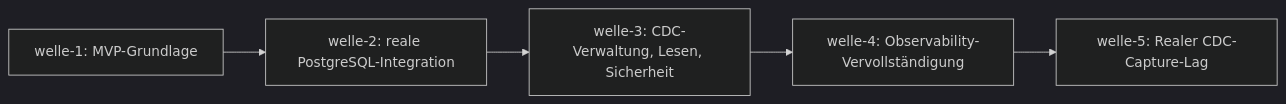
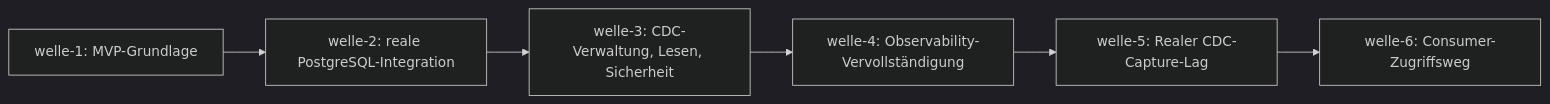
Before and after one commit to pt9912/pg-change-feed: the diagram in docs/plan/planning/in-progress/roadmap.md, drawn with Mermaid (dark theme). The commit also changed other lines of this file and 3 other files, not shown here.

First line of the commit message:
docs(planning): welle-6 eröffnet — Consumer-Zugriffsweg (LH-FA-CON-001.a)

````diff
--- a/docs/plan/planning/in-progress/roadmap.md
+++ b/docs/plan/planning/in-progress/roadmap.md
@@ -82,10 +84,11 @@
 ```mermaid
 flowchart LR
     W1[welle-1: MVP-Grundlage]
     W2[welle-2: reale PostgreSQL-Integration]
     W3[welle-3: CDC-Verwaltung, Lesen, Sicherheit]
     W4[welle-4: Observability-Vervollständigung]
     W5[welle-5: Realer CDC-Capture-Lag]
+    W6[welle-6: Consumer-Zugriffsweg]
 
-    W1 --> W2 --> W3 --> W4 --> W5
+    W1 --> W2 --> W3 --> W4 --> W5 --> W6
 ```
````
